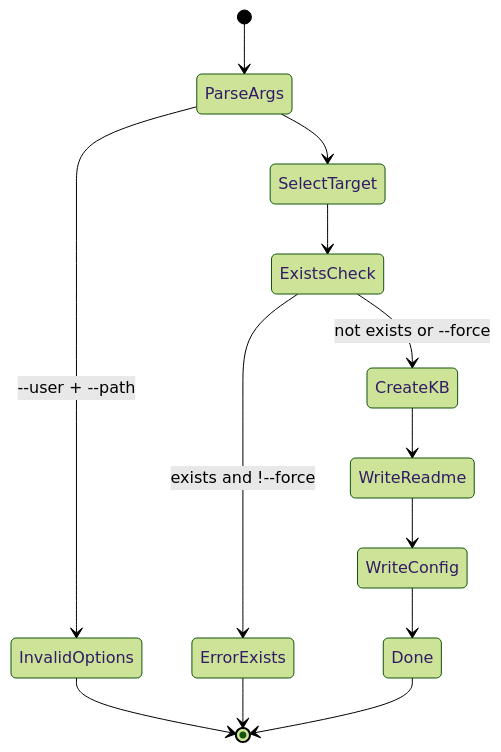
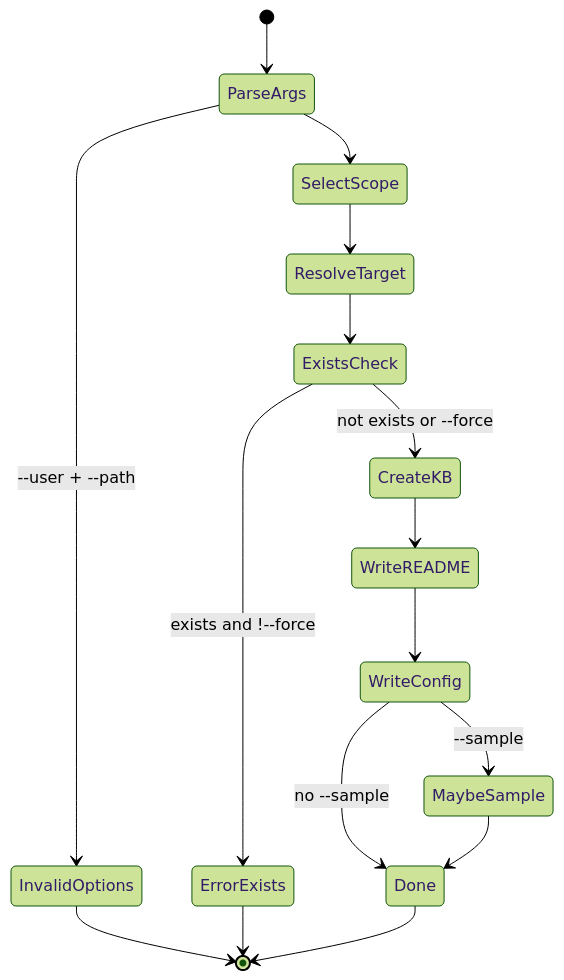
The first of 10 diagrams in kb/design/state-diagrams.md (chriskd/memex-kb), drawn with Mermaid (forest theme) before and after one commit. The commit also changed other lines of this file and 27 other files, not shown here.

````diff
--- a/kb/design/state-diagrams.md
+++ b/kb/design/state-diagrams.md
@@ -17,15 +17,18 @@
 ```mermaid
 stateDiagram-v2
     [*] --> ParseArgs
     ParseArgs --> InvalidOptions: --user + --path
     InvalidOptions --> [*]
-    ParseArgs --> SelectTarget
-    SelectTarget --> ExistsCheck
+    ParseArgs --> SelectScope
+    SelectScope --> ResolveTarget
+    ResolveTarget --> ExistsCheck
     ExistsCheck --> ErrorExists: exists and !--force
     ErrorExists --> [*]
     ExistsCheck --> CreateKB: not exists or --force
-    CreateKB --> WriteReadme
-    WriteReadme --> WriteConfig
-    WriteConfig --> Done
+    CreateKB --> WriteREADME
+    WriteREADME --> WriteConfig
+    WriteConfig --> MaybeSample: --sample
+    WriteConfig --> Done: no --sample
+    MaybeSample --> Done
     Done --> [*]
 ```
````
